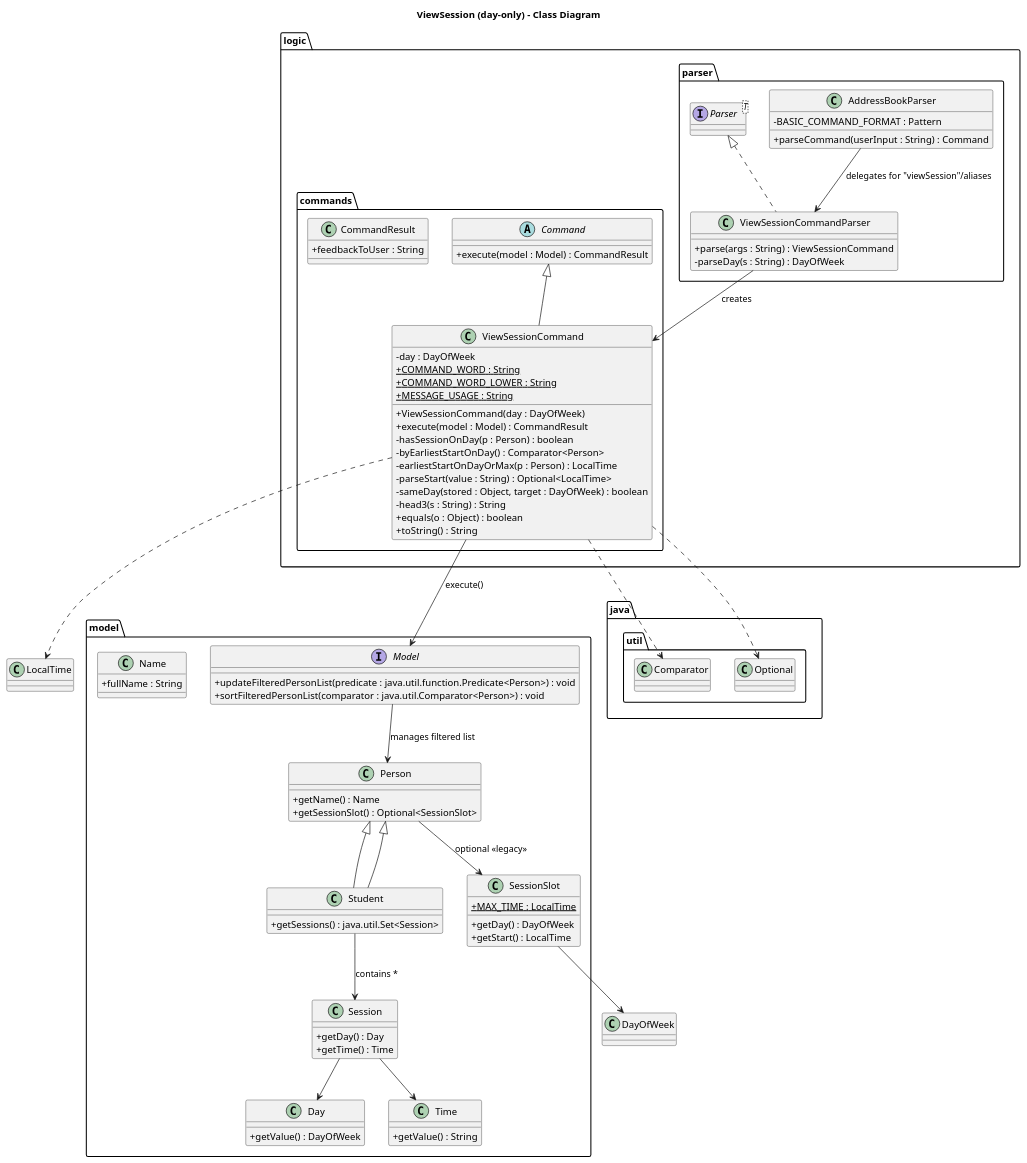
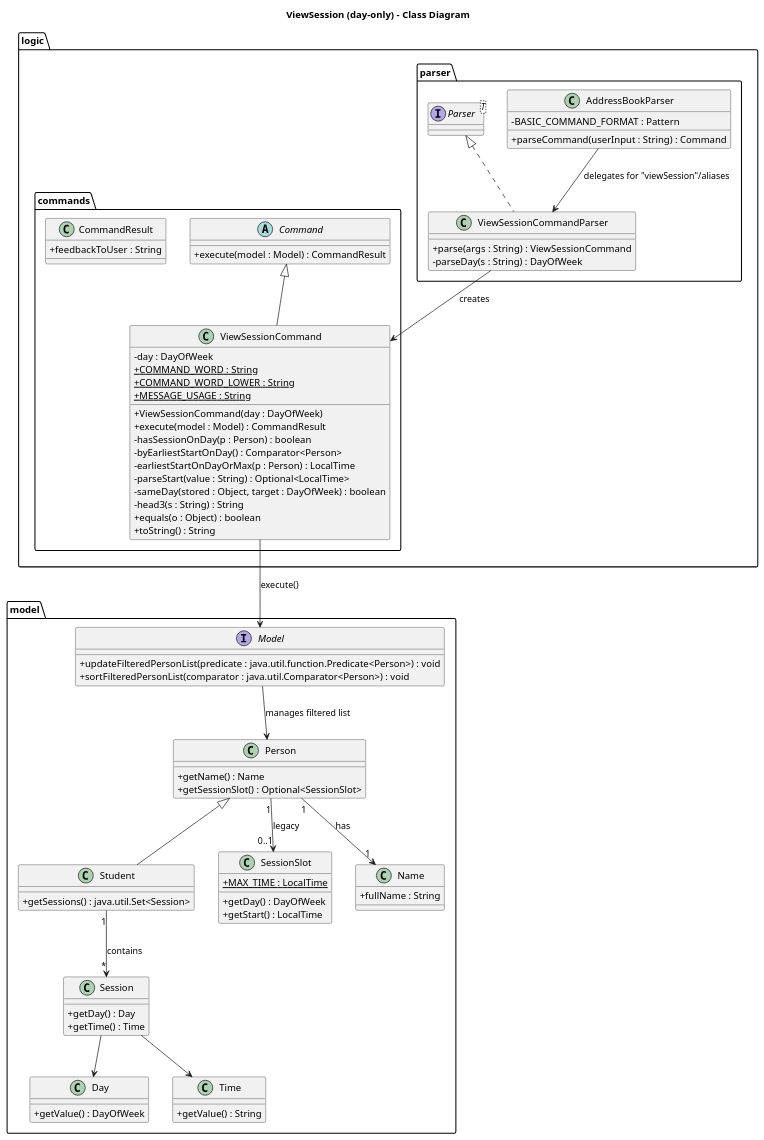
The diagram in docs/diagrams/ViewSessionClassDiagram.puml (tgonet/tp), drawn with PlantUML before and after one commit. The commit also changed 24 other files, not shown here.

```diff
--- a/docs/diagrams/ViewSessionClassDiagram.puml
+++ b/docs/diagrams/ViewSessionClassDiagram.puml
@@ -1,100 +1,99 @@
 @startuml
 title ViewSession (day-only) - Class Diagram
 
 skinparam classAttributeIconSize 0
 
 package "logic.parser" {
   class AddressBookParser {
     - BASIC_COMMAND_FORMAT : Pattern
     + parseCommand(userInput : String) : Command
   }
 
   interface Parser<T>
   class ViewSessionCommandParser implements Parser<ViewSessionCommand> {
     + parse(args : String) : ViewSessionCommand
     - parseDay(s : String) : DayOfWeek
   }
 }
 
 package "logic.commands" {
   abstract class Command {
     + execute(model : Model) : CommandResult
   }
 
   class ViewSessionCommand extends Command {
     - day : DayOfWeek
     + ViewSessionCommand(day : DayOfWeek)
     + execute(model : Model) : CommandResult
     - hasSessionOnDay(p : Person) : boolean
     - byEarliestStartOnDay() : Comparator<Person>
     - earliestStartOnDayOrMax(p : Person) : LocalTime
     - parseStart(value : String) : Optional<LocalTime>
     - sameDay(stored : Object, target : DayOfWeek) : boolean
     - head3(s : String) : String
     + equals(o : Object) : boolean
     + toString() : String
     {static} + COMMAND_WORD : String
     {static} + COMMAND_WORD_LOWER : String
     {static} + MESSAGE_USAGE : String
   }
 
   class CommandResult {
     + feedbackToUser : String
   }
 }
 
 package "model" {
   interface Model {
     + updateFilteredPersonList(predicate : java.util.function.Predicate<Person>) : void
     + sortFilteredPersonList(comparator : java.util.Comparator<Person>) : void
   }
 
   class Person {
     + getName() : Name
     + getSessionSlot() : Optional<SessionSlot>
   }
 
   class Student extends Person {
     + getSessions() : java.util.Set<Session>
   }
 
   class Session {
     + getDay() : Day
     + getTime() : Time
   }
 
   class SessionSlot {
     + getDay() : DayOfWeek
     + getStart() : LocalTime
     {static} + MAX_TIME : LocalTime
   }
 
   class Day {
     + getValue() : DayOfWeek
   }
 
   class Time {
     + getValue() : String
   }
 
   class Name {
     + fullName : String
   }
 }
 
-' Relationships
+' Relationships (fixed: only one inheritance arrow Student -> Person)
 AddressBookParser --> ViewSessionCommandParser : delegates for "viewSession"/aliases
 ViewSessionCommandParser --> ViewSessionCommand : creates
 ViewSessionCommand --> Model : execute()
 Model --> Person : manages filtered list
-Student --|> Person
-Person --> SessionSlot : optional «legacy»
-Student --> Session : contains *
+
+
+' Associations and multiplicities
+Person "1" --> "0..1" SessionSlot : «legacy»
+Person "1" --> "1" Name : has
+Student "1" --> "*" Session : contains
 Session --> Day
 Session --> Time
-SessionSlot --> DayOfWeek
-ViewSessionCommand ..> LocalTime
-ViewSessionCommand ..> java.util.Comparator
-ViewSessionCommand ..> java.util.Optional
 
 @enduml
```
